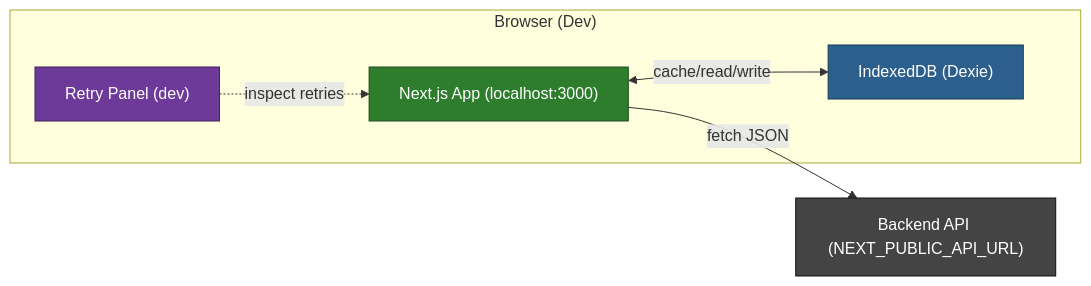
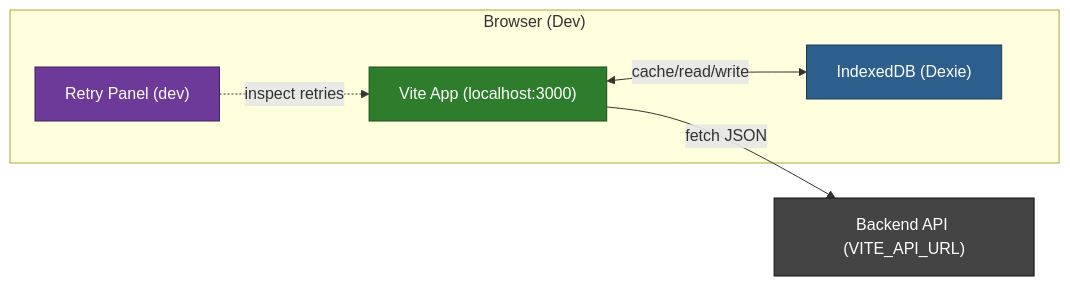
Before and after one commit to haowjy/meridian: the diagram in _docs/technical/frontend/setup-quickstart.md, drawn with Mermaid. The commit also changed other lines of this file and 129 other files, not shown here.

````diff
--- a/_docs/technical/frontend/setup-quickstart.md
+++ b/_docs/technical/frontend/setup-quickstart.md
@@ -41,24 +41,24 @@
 ```mermaid
 flowchart LR
     subgraph "Browser (Dev)"
-      UI["Next.js App (localhost:3000)"]
+      UI["Vite App (localhost:3000)"]
       IDB["IndexedDB (Dexie)"]
       Retry["Retry Panel (dev)"]
     end
 
-    API["Backend API (NEXT_PUBLIC_API_URL)"]
+    API["Backend API (VITE_API_URL)"]
 
     UI -->|"fetch JSON"| API
     UI <-->|"cache/read/write"| IDB
     Retry -.->|"inspect retries"| UI
 
     classDef primary fill:#2d7d2d,stroke:#1e4d1e,color:#fff
     classDef storage fill:#2d5f8d,stroke:#1b3a56,color:#fff
     classDef dev fill:#6d3a99,stroke:#41215e,color:#fff
     classDef backend fill:#444,stroke:#111,color:#fff
 
     class UI primary
     class IDB storage
     class Retry dev
     class API backend
 ```
````
